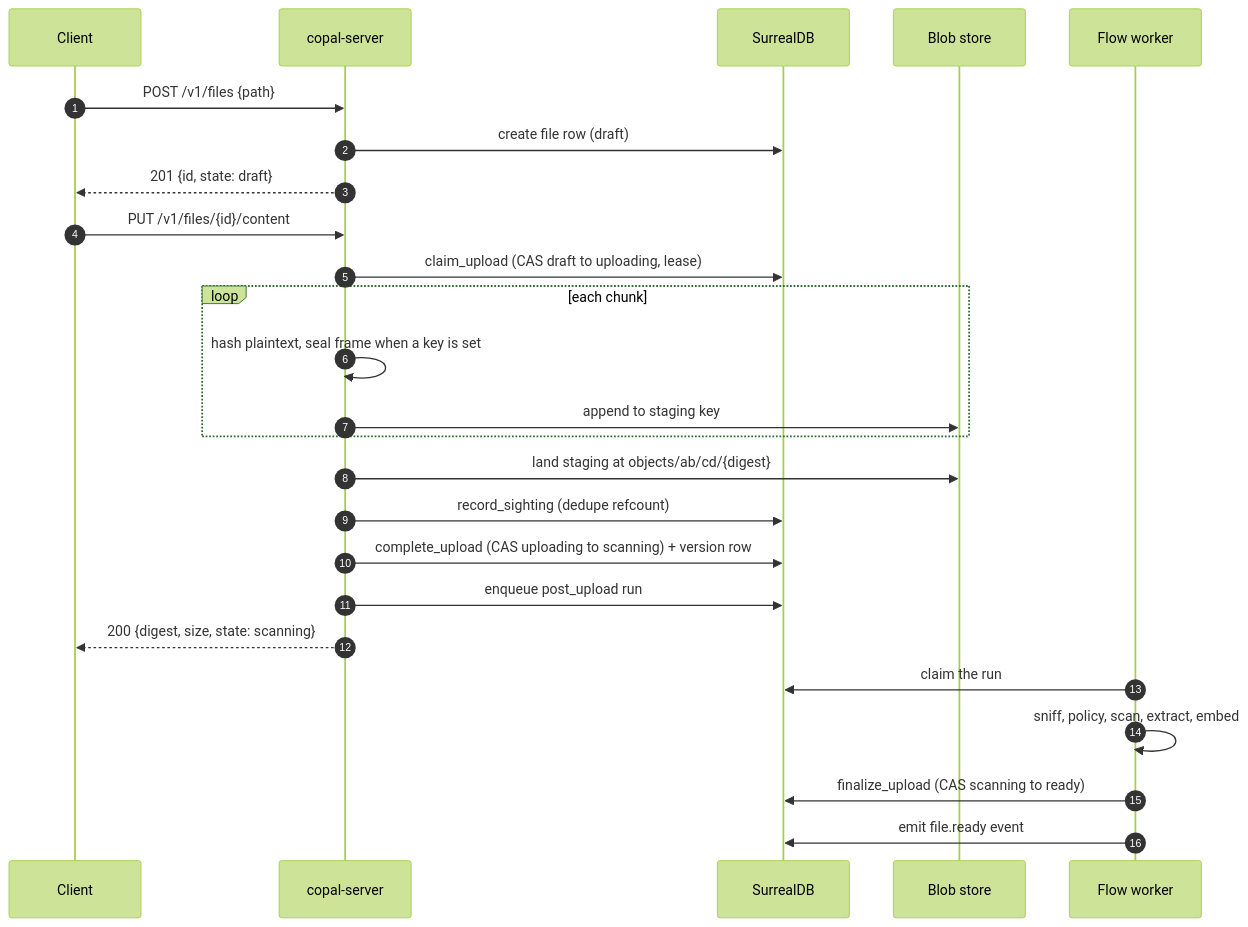
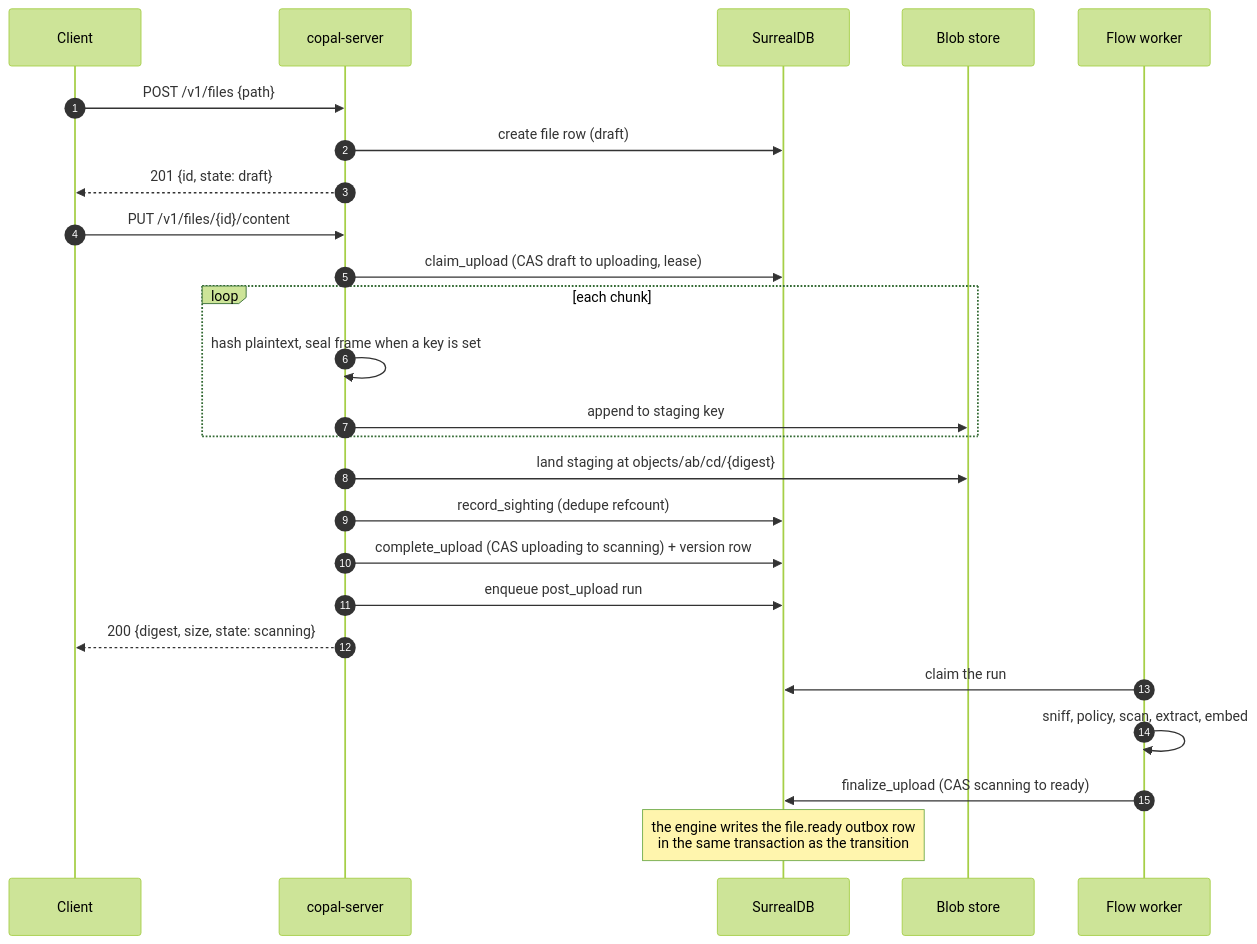
Before and after one commit to Oneiriq/copal: the first of 7 diagrams in docs/sequences.md, drawn with Mermaid (forest theme). The commit also changed other lines of this file and 33 other files, not shown here.

````diff
--- a/docs/sequences.md
+++ b/docs/sequences.md
@@ -14,30 +14,30 @@
 ```mermaid
 sequenceDiagram
     autonumber
     participant C as Client
     participant S as copal-server
     participant M as SurrealDB
     participant B as Blob store
     participant W as Flow worker
 
     C->>S: POST /v1/files {path}
     S->>M: create file row (draft)
     S-->>C: 201 {id, state: draft}
 
     C->>S: PUT /v1/files/{id}/content
     S->>M: claim_upload (CAS draft to uploading, lease)
     loop each chunk
         S->>S: hash plaintext, seal frame when a key is set
         S->>B: append to staging key
     end
     S->>B: land staging at objects/ab/cd/{digest}
     S->>M: record_sighting (dedupe refcount)
     S->>M: complete_upload (CAS uploading to scanning) + version row
     S->>M: enqueue post_upload run
     S-->>C: 200 {digest, size, state: scanning}
 
     W->>M: claim the run
     W->>W: sniff, policy, scan, extract, embed
     W->>M: finalize_upload (CAS scanning to ready)
-    W->>M: emit file.ready event
+    Note over M: the engine writes the file.ready outbox row<br/>in the same transaction as the transition
 ```
````
